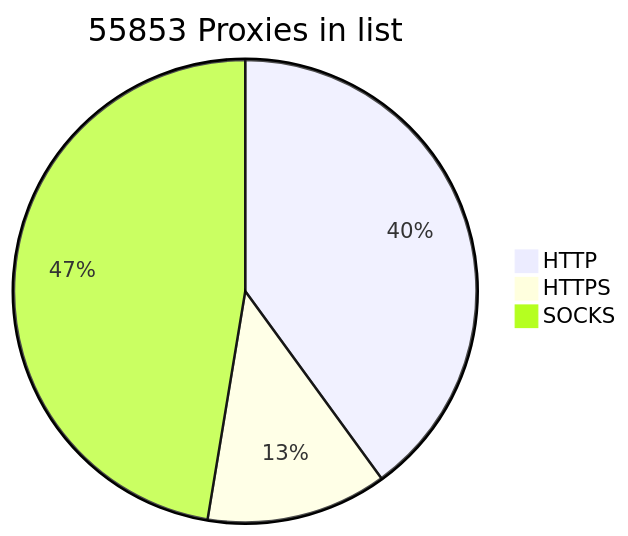
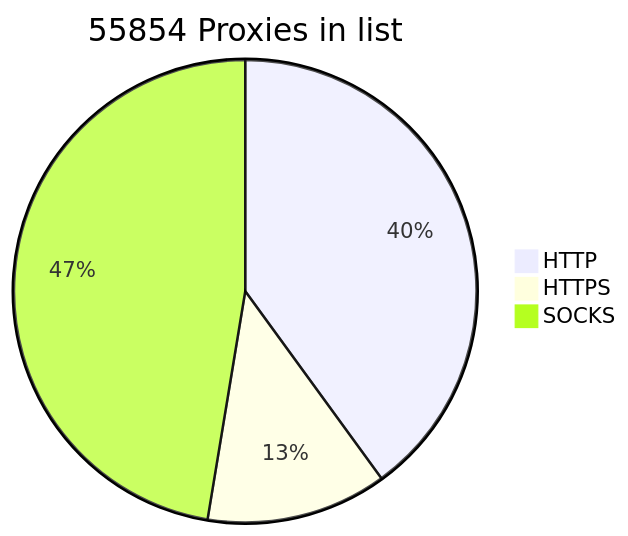
The diagram in README.md (BlackSnowDot/proxylist-update-every-minute), drawn with Mermaid before and after one commit.

````diff
--- a/README.md
+++ b/README.md
@@ -2,6 +2,6 @@
 ```mermaid
-pie title 55853 Proxies in list
+pie title 55854 Proxies in list
     "HTTP" : 25026
     "HTTPS": 7900
-    "SOCKS" : 29662
+    "SOCKS" : 29663
 ```
````
